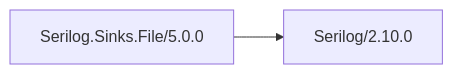
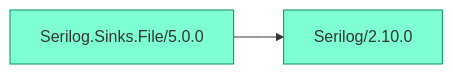
One commit to 0xced/Chisel changed the seventh of 7 diagrams in README.md. Above: the diagram before and after it, drawn with Mermaid. The commit also changed other lines of this file, not shown here.

Commit message:
Give the same style to all mermaid diagrams in the README

````diff
--- a/README.md
+++ b/README.md
@@ -353,4 +355,5 @@
 ```mermaid
 graph LR
+classDef default fill:aquamarine,stroke:#009061,color:#333333
 Serilog.Sinks.File/5.0.0 --> Serilog/2.10.0
 ```
````
